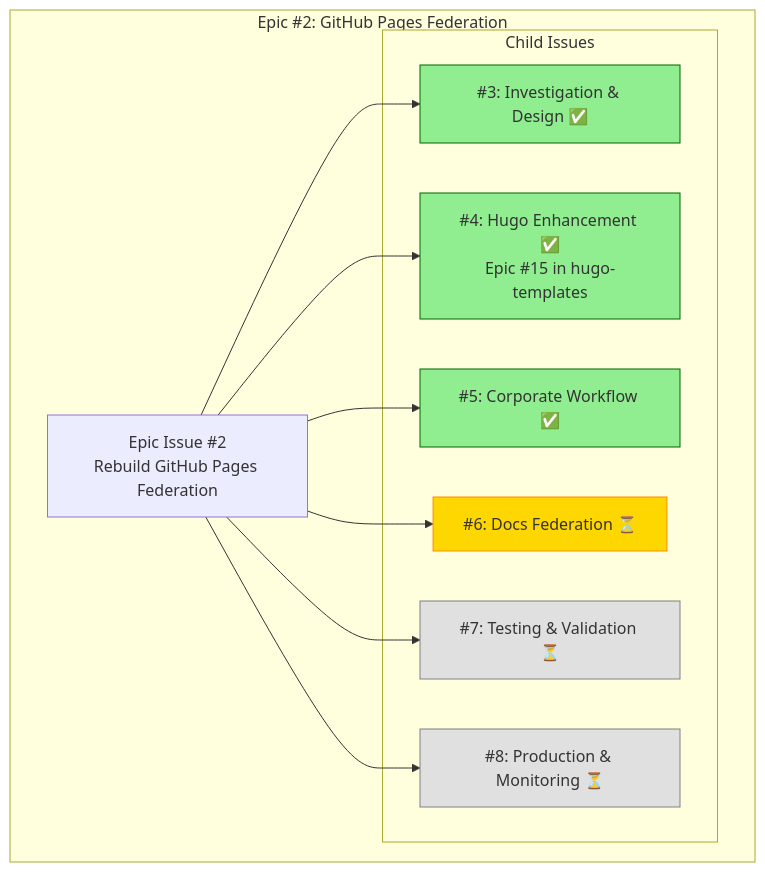
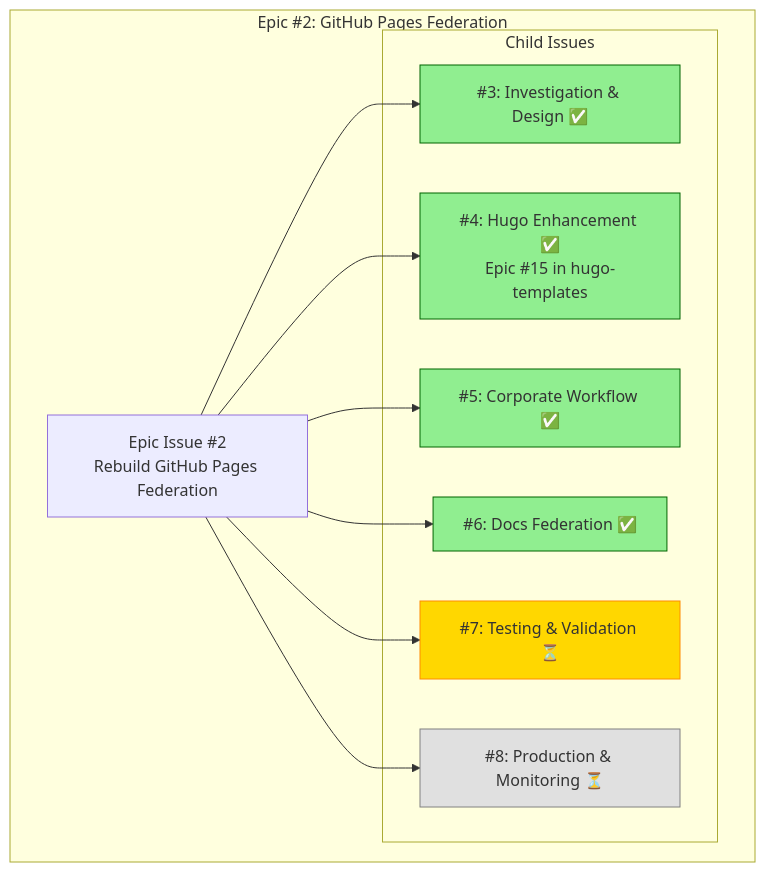
Before and after one commit to info-tech-io/info-tech-io.github.io: the first of 3 diagrams in docs/proposals/epic-2-github-pages-federation/progress.md, drawn with Mermaid. The commit also changed other lines of this file and 2 other files, not shown here.

First line of the commit message:
docs: Complete Child #4 (Documentation Federation) - Epic #2 progress update

````diff
--- a/docs/proposals/epic-2-github-pages-federation/progress.md
+++ b/docs/proposals/epic-2-github-pages-federation/progress.md
@@ -11,29 +11,29 @@
 ```mermaid
 graph TB
     subgraph "Epic #2: GitHub Pages Federation"
         E[Epic Issue #2<br/>Rebuild GitHub Pages Federation]
 
         subgraph "Child Issues"
             C1[#3: Investigation & Design ✅]
             C2[#4: Hugo Enhancement ✅<br/>Epic #15 in hugo-templates]
             C3[#5: Corporate Workflow ✅]
-            C4[#6: Docs Federation ⏳]
+            C4[#6: Docs Federation ✅]
             C5[#7: Testing & Validation ⏳]
             C6[#8: Production & Monitoring ⏳]
         end
 
         E --> C1
         E --> C2
         E --> C3
         E --> C4
         E --> C5
         E --> C6
     end
 
     style C1 fill:#90EE90,stroke:#006400
     style C2 fill:#90EE90,stroke:#006400
     style C3 fill:#90EE90,stroke:#006400
-    style C4 fill:#FFD700,stroke:#FF8C00
-    style C5 fill:#E0E0E0,stroke:#808080
+    style C4 fill:#90EE90,stroke:#006400
+    style C5 fill:#FFD700,stroke:#FF8C00
     style C6 fill:#E0E0E0,stroke:#808080
 ```
````
